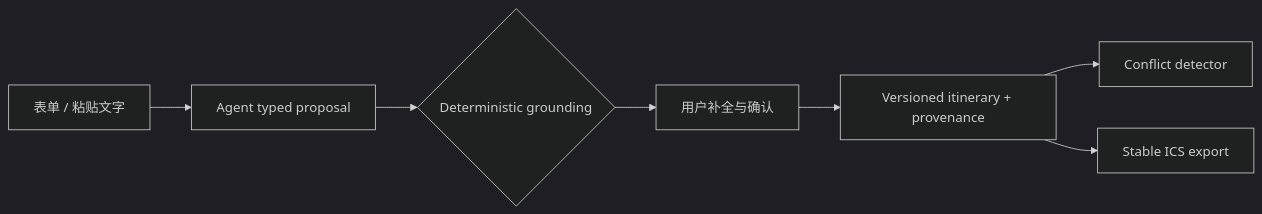
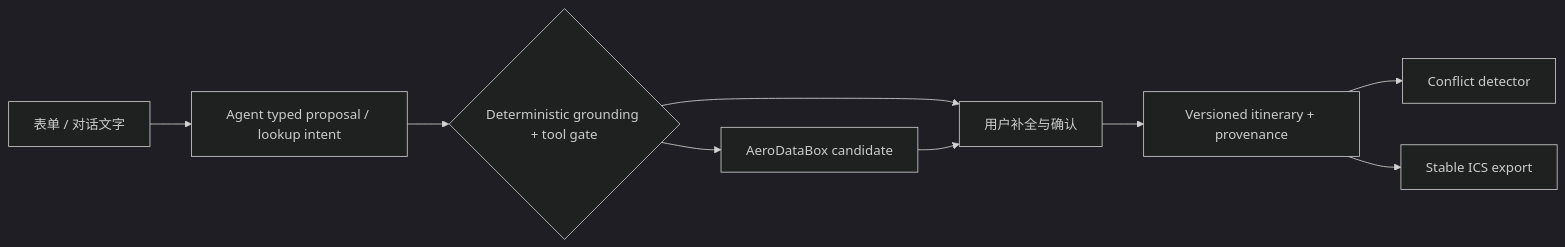
One commit to mingyoud2003-bot/cross-border-travel-agent changed the first of 2 diagrams in README.md. Above: the diagram before and after it, drawn with Mermaid (dark theme). The commit also changed other lines of this file and 24 other files, not shown here.

````diff
--- a/README.md
+++ b/README.md
@@ -13,9 +18,11 @@
 ```mermaid
 flowchart LR
-    I[表单 / 粘贴文字] --> P[Agent typed proposal]
-    P --> G{Deterministic grounding}
+    I[表单 / 对话文字] --> P[Agent typed proposal / lookup intent]
+    P --> G{Deterministic grounding + tool gate}
+    G --> A[AeroDataBox candidate]
     G --> C[用户补全与确认]
+    A --> C
     C --> S[Versioned itinerary + provenance]
     S --> D[Conflict detector]
     S --> E[Stable ICS export]
 ```
````
